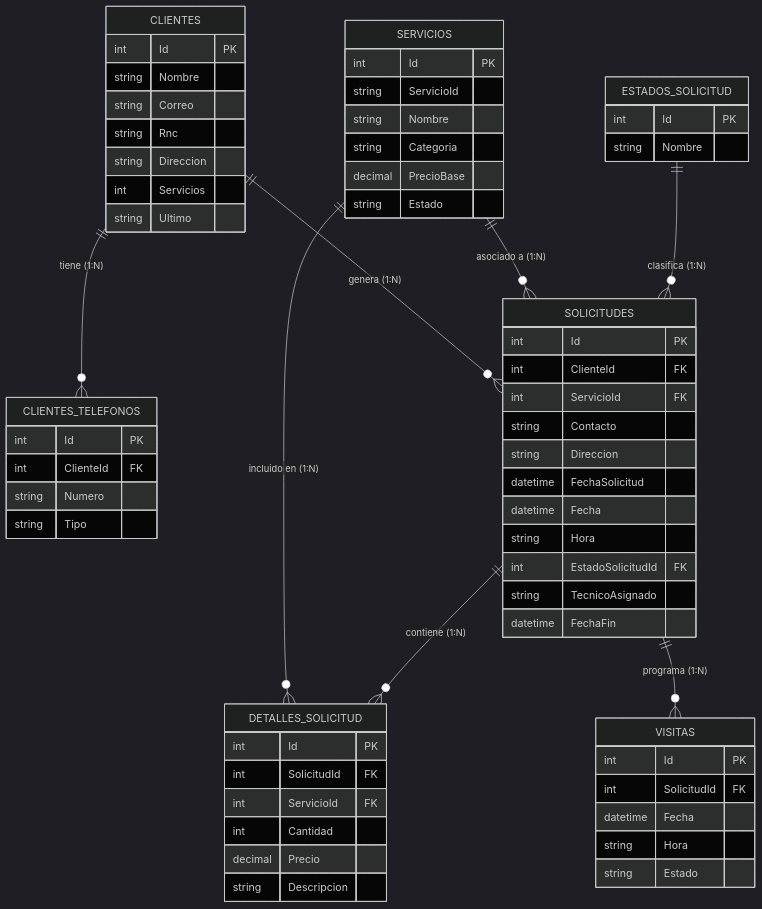
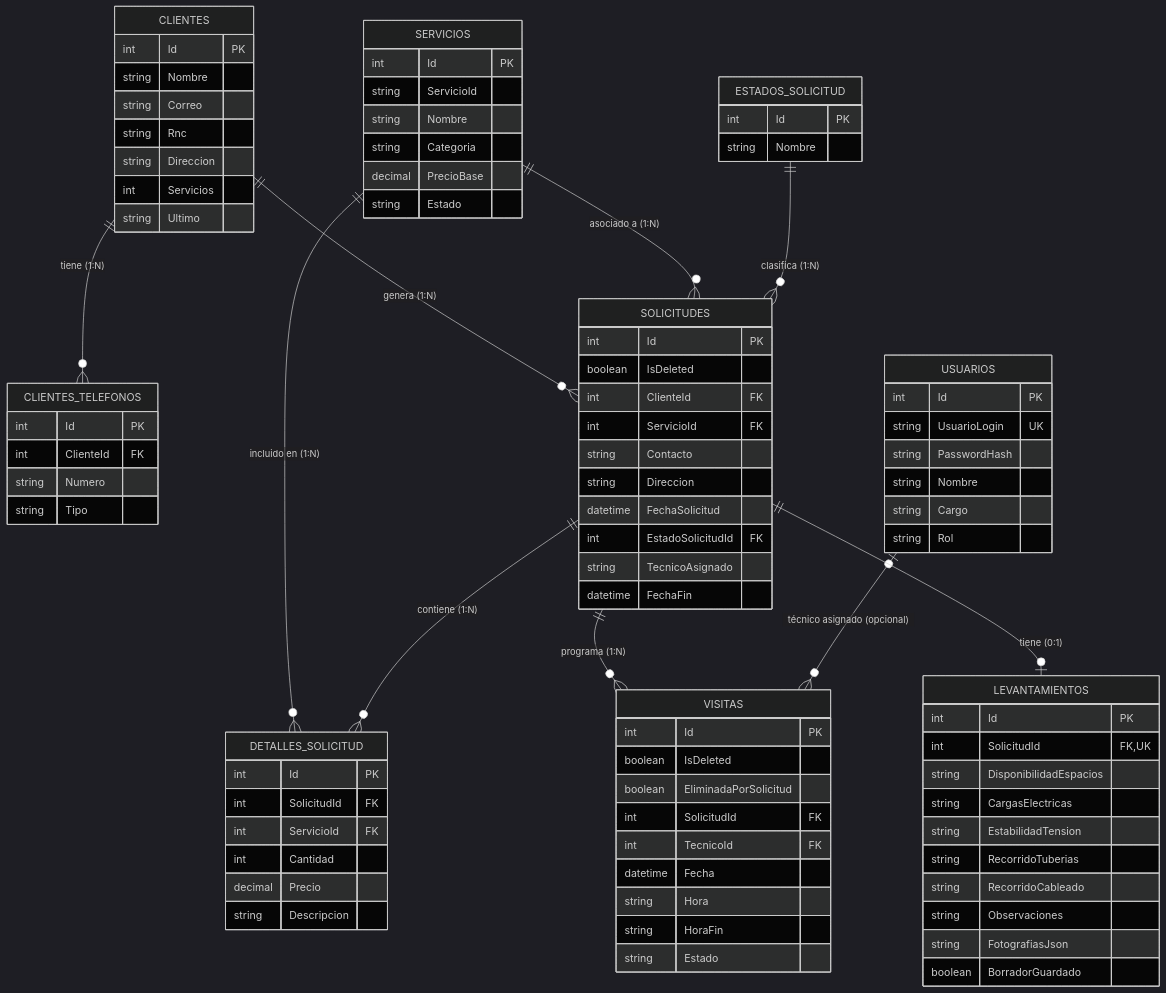
The diagram in README.md (Je1sonAmparo/ElectroGestion), drawn with Mermaid (dark theme) before and after one commit. The commit also changed other lines of this file, not shown here.

Commit message:
Actualizar modelo de base de datos en el README

````diff
--- a/README.md
+++ b/README.md
@@ -94,6 +94,8 @@
     ESTADOS_SOLICITUD ||--o{ SOLICITUDES : "clasifica (1:N)"
     SOLICITUDES ||--o{ DETALLES_SOLICITUD : "contiene (1:N)"
     SOLICITUDES ||--o{ VISITAS : "programa (1:N)"
+    USUARIOS o|--o{ VISITAS : "técnico asignado (opcional)"
+    SOLICITUDES ||--o| LEVANTAMIENTOS : "tiene (0:1)"
 
     CLIENTES {
         int Id PK
@@ -128,13 +130,12 @@
 
     SOLICITUDES {
         int Id PK
+        boolean IsDeleted
         int ClienteId FK
         int ServicioId FK
         string Contacto
         string Direccion
         datetime FechaSolicitud
-        datetime Fecha
-        string Hora
         int EstadoSolicitudId FK
         string TecnicoAsignado
         datetime FechaFin
@@ -142,9 +143,13 @@
 
     VISITAS {
         int Id PK
+        boolean IsDeleted
+        boolean EliminadaPorSolicitud
         int SolicitudId FK
+        int TecnicoId FK
         datetime Fecha
         string Hora
+        string HoraFin
         string Estado
     }
 
@@ -156,4 +161,26 @@
         decimal Precio
         string Descripcion
     }
+
+    USUARIOS {
+        int Id PK
+        string UsuarioLogin UK
+        string PasswordHash
+        string Nombre
+        string Cargo
+        string Rol
+    }
+
+    LEVANTAMIENTOS {
+        int Id PK
+        int SolicitudId FK, UK
+        string DisponibilidadEspacios
+        string CargasElectricas
+        string EstabilidadTension
+        string RecorridoTuberias
+        string RecorridoCableado
+        string Observaciones
+        string FotografiasJson
+        boolean BorradorGuardado
+    }
 ```
````
